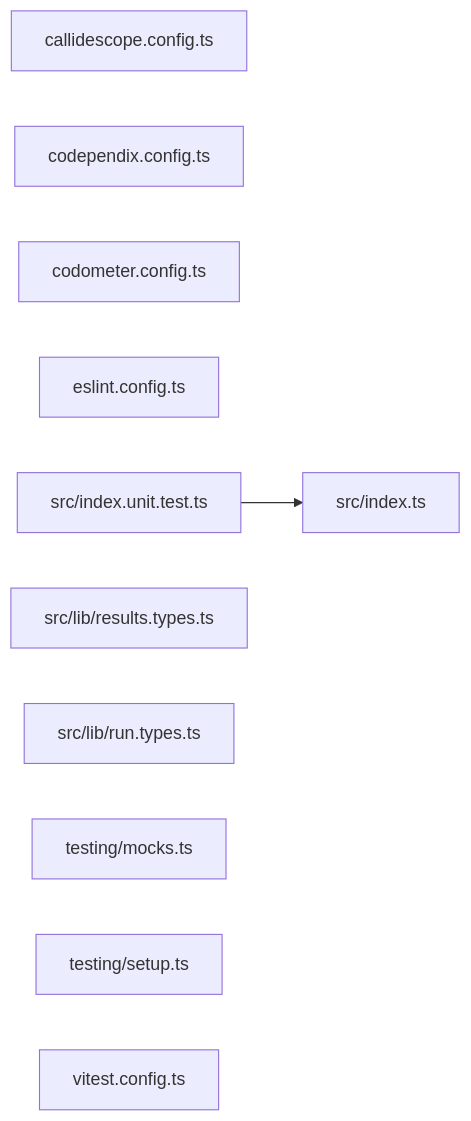
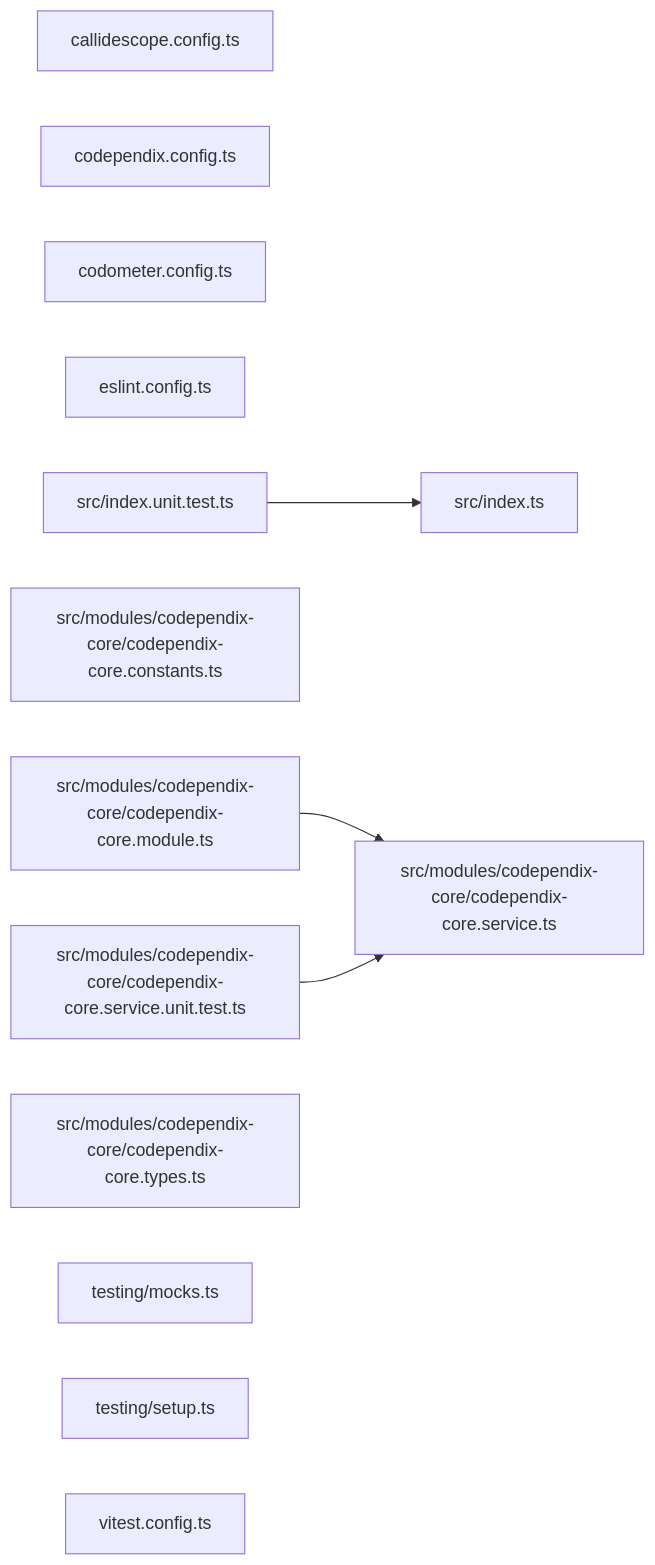
The second of 3 diagrams in packages/ic-suite/codependix/codependix-core/README.md (JimmyPaolini/codebase), drawn with Mermaid before and after one commit. The commit also changed other lines of this file and 78 other files, not shown here.

````diff
--- a/packages/ic-suite/codependix/codependix-core/README.md
+++ b/packages/ic-suite/codependix/codependix-core/README.md
@@ -39,15 +39,20 @@
 ```mermaid
 graph LR
   file_callidescope_config_ts["callidescope.config.ts"]
   file_codependix_config_ts["codependix.config.ts"]
   file_codometer_config_ts["codometer.config.ts"]
   file_eslint_config_ts["eslint.config.ts"]
   file_src_index_ts["src/index.ts"]
   file_src_index_unit_test_ts["src/index.unit.test.ts"]
-  file_src_lib_results_types_ts["src/lib/results.types.ts"]
-  file_src_lib_run_types_ts["src/lib/run.types.ts"]
+  file_src_modules_codependix_core_codependix_core_constants_ts["src/modules/codependix-core/codependix-core.constants.ts"]
+  file_src_modules_codependix_core_codependix_core_module_ts["src/modules/codependix-core/codependix-core.module.ts"]
+  file_src_modules_codependix_core_codependix_core_service_ts["src/modules/codependix-core/codependix-core.service.ts"]
+  file_src_modules_codependix_core_codependix_core_service_unit_test_ts["src/modules/codependix-core/codependix-core.service.unit.test.ts"]
+  file_src_modules_codependix_core_codependix_core_types_ts["src/modules/codependix-core/codependix-core.types.ts"]
   file_testing_mocks_ts["testing/mocks.ts"]
   file_testing_setup_ts["testing/setup.ts"]
   file_vitest_config_ts["vitest.config.ts"]
   file_src_index_unit_test_ts --> file_src_index_ts
+  file_src_modules_codependix_core_codependix_core_module_ts --> file_src_modules_codependix_core_codependix_core_service_ts
+  file_src_modules_codependix_core_codependix_core_service_unit_test_ts --> file_src_modules_codependix_core_codependix_core_service_ts
 ```
````
